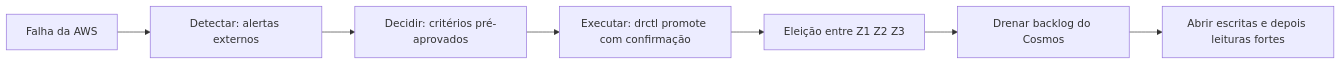
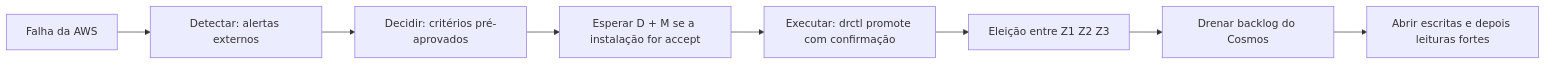
The diagram in 02_cenarios/a_rever/R10-operador-lento-no-desastre.md (brbarmex/k), drawn with Mermaid before and after one commit. The commit also changed other lines of this file and 139 other files, not shown here.

````diff
--- a/02_cenarios/a_rever/R10-operador-lento-no-desastre.md
+++ b/02_cenarios/a_rever/R10-operador-lento-no-desastre.md
@@ -11,9 +11,10 @@
 ```mermaid
 flowchart LR
     A["Falha da AWS"] --> B["Detectar: alertas externos"]
     B --> C["Decidir: critérios pré-aprovados"]
-    C --> D["Executar: drctl promote com confirmação"]
+    C --> W["Esperar D + M se a instalação for accept"]
+    W --> D["Executar: drctl promote com confirmação"]
     D --> E["Eleição entre Z1 Z2 Z3"]
     E --> F["Drenar backlog do Cosmos"]
     F --> G["Abrir escritas e depois leituras fortes"]
 ```
````
